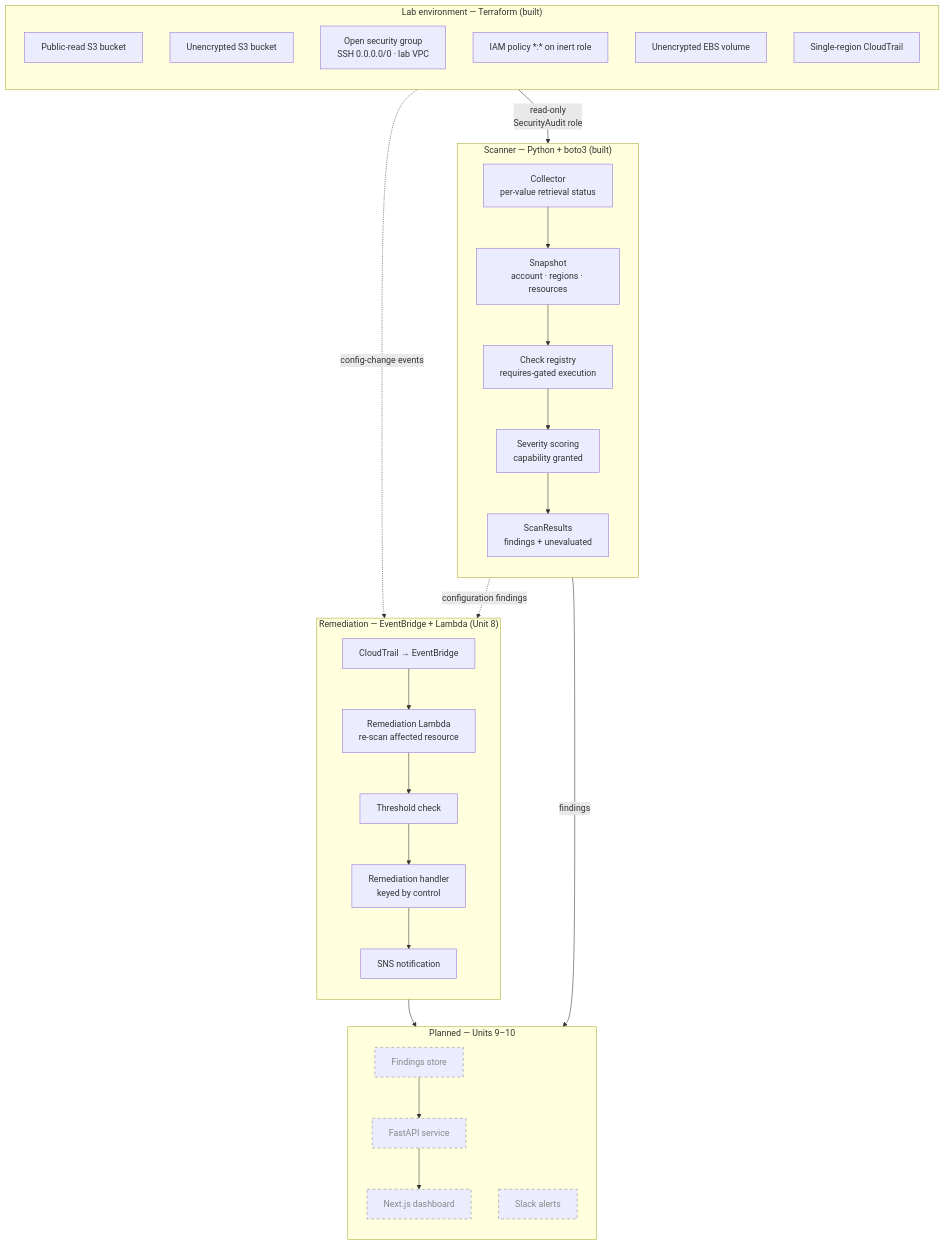
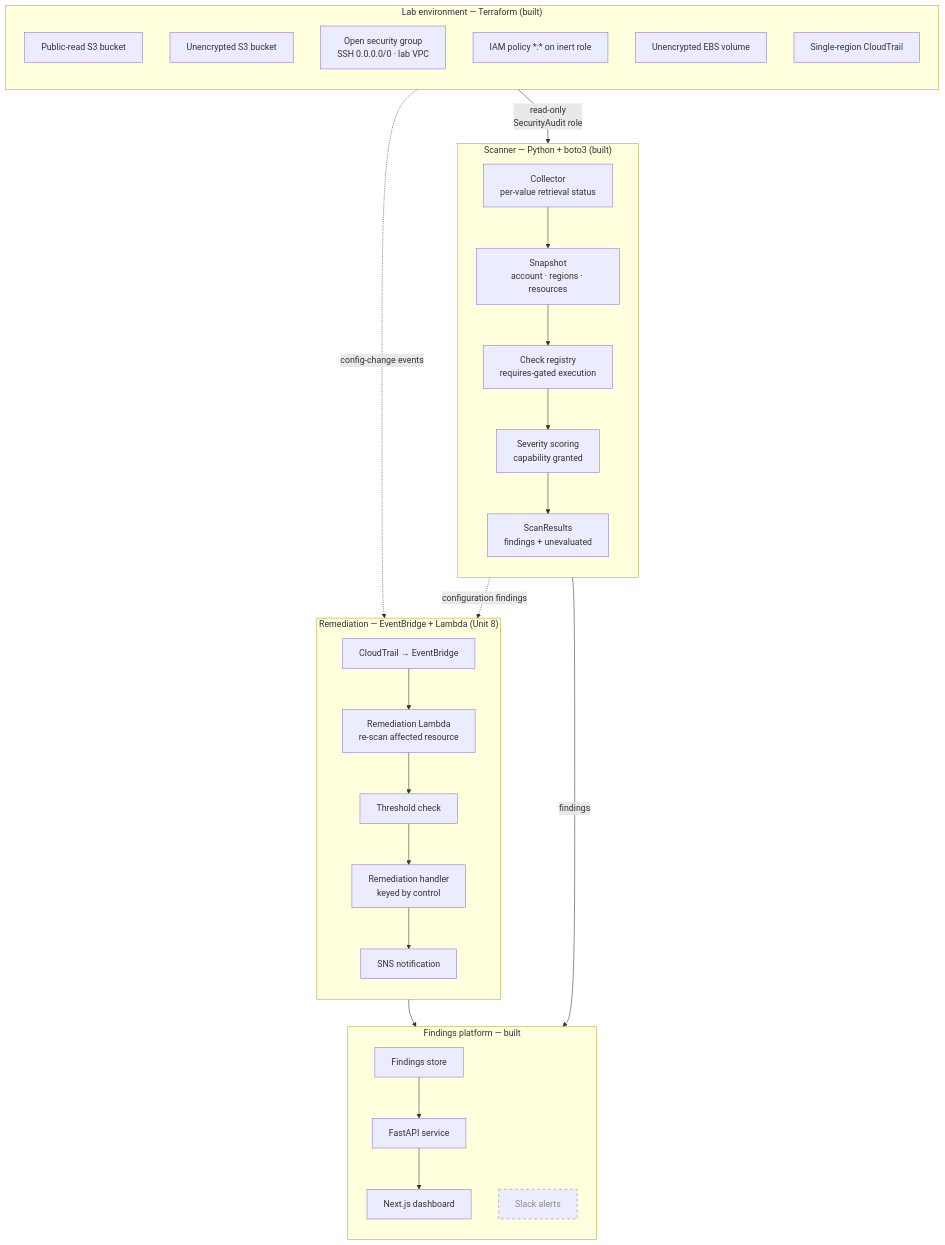
The diagram in README.md (DevAnnafi/AWS-Security-Posture-Monitor), drawn with Mermaid before and after one commit. The commit also changed other lines of this file and 25 other files, not shown here.

Commit message:
Unit 10: document suppression guardrails and computed status with edited README

````diff
--- a/README.md
+++ b/README.md
@@ -21,45 +21,89 @@
 ```mermaid
+
 flowchart TB
-    subgraph LAB["Lab environment — Terraform (built)"]
-        direction TB
-        L1["Public-read S3 bucket"]
-        L2["Unencrypted S3 bucket"]
-        L3["Open security group<br/>SSH 0.0.0.0/0 · lab VPC"]
-        L4["IAM policy *:* on inert role"]
-        L5["Unencrypted EBS volume"]
-        L6["Single-region CloudTrail"]
-    end
-    subgraph SCANNER["Scanner — Python + boto3 (built)"]
-        direction TB
-        C1["Collector<br/>per-value retrieval status"]
-        C2["Snapshot<br/>account · regions · resources"]
-        C3["Check registry<br/>requires-gated execution"]
-        C4["Severity scoring<br/>capability granted"]
-        C5["ScanResults<br/>findings + unevaluated"]
-        C1 --> C2 --> C3 --> C4 --> C5
-    end
-    subgraph REMEDIATION["Remediation — EventBridge + Lambda (Unit 8)"]
-        direction TB
-        R1["CloudTrail → EventBridge"]
-        R2["Remediation Lambda<br/>re-scan affected resource"]
-        R3["Threshold check"]
-        R4["Remediation handler<br/>keyed by control"]
-        R5["SNS notification"]
-        R1 --> R2 --> R3 --> R4 --> R5
-    end
-    subgraph FUTURE["Planned — Units 9–10"]
-        direction TB
-        F1["Findings store"]
-        F2["FastAPI service"]
-        F3["Next.js dashboard"]
-        F4["Slack alerts"]
-        F1 --> F2 --> F3
-    end
-    LAB -->|"read-only<br/>SecurityAudit role"| C1
-    C5 -->|"findings"| F1
-    C5 -.->|"configuration findings"| REMEDIATION
-    R5 --> F4
-    LAB -.->|"config-change events"| R1
-    classDef planned stroke-dasharray:5 5,stroke:#888,color:#888;
-    class F1,F2,F3,F4 planned;
+
+    subgraph LAB["Lab environment — Terraform (built)"]
+
+        direction TB
+
+        L1["Public-read S3 bucket"]
+
+        L2["Unencrypted S3 bucket"]
+
+        L3["Open security group<br/>SSH 0.0.0.0/0 · lab VPC"]
+
+        L4["IAM policy *:* on inert role"]
+
+        L5["Unencrypted EBS volume"]
+
+        L6["Single-region CloudTrail"]
+
+    end
+
+    subgraph SCANNER["Scanner — Python + boto3 (built)"]
+
+        direction TB
+
+        C1["Collector<br/>per-value retrieval status"]
+
+        C2["Snapshot<br/>account · regions · resources"]
+
+        C3["Check registry<br/>requires-gated execution"]
+
+        C4["Severity scoring<br/>capability granted"]
+
+        C5["ScanResults<br/>findings + unevaluated"]
+
+        C1 --> C2 --> C3 --> C4 --> C5
+
+    end
+
+    subgraph REMEDIATION["Remediation — EventBridge + Lambda (Unit 8)"]
+
+        direction TB
+
+        R1["CloudTrail → EventBridge"]
+
+        R2["Remediation Lambda<br/>re-scan affected resource"]
+
+        R3["Threshold check"]
+
+        R4["Remediation handler<br/>keyed by control"]
+
+        R5["SNS notification"]
+
+        R1 --> R2 --> R3 --> R4 --> R5
+
+    end
+
+    subgraph PLATFORM["Findings platform — built"]
+
+        direction TB
+
+        F1["Findings store"]
+
+        F2["FastAPI service"]
+
+        F3["Next.js dashboard"]
+
+        F4["Slack alerts"]
+
+        F1 --> F2 --> F3
+
+    end
+
+    LAB -->|"read-only<br/>SecurityAudit role"| C1
+
+    C5 -->|"findings"| F1
+
+    C5 -.->|"configuration findings"| REMEDIATION
+
+    R5 --> F4
+
+    LAB -.->|"config-change events"| R1
+
+    classDef planned stroke-dasharray:5 5,stroke:#888,color:#888;
+
+    class F4 planned;
+
 ```
````
